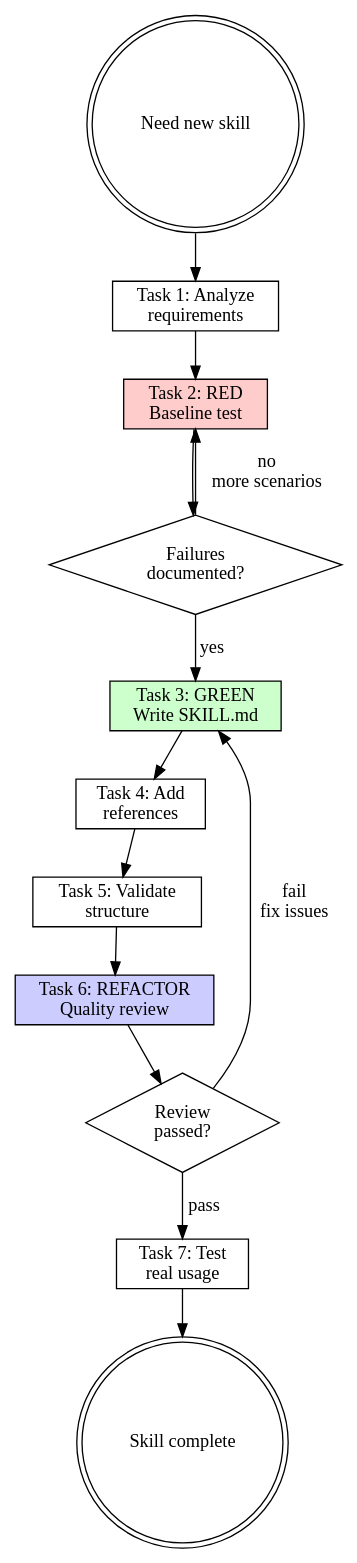
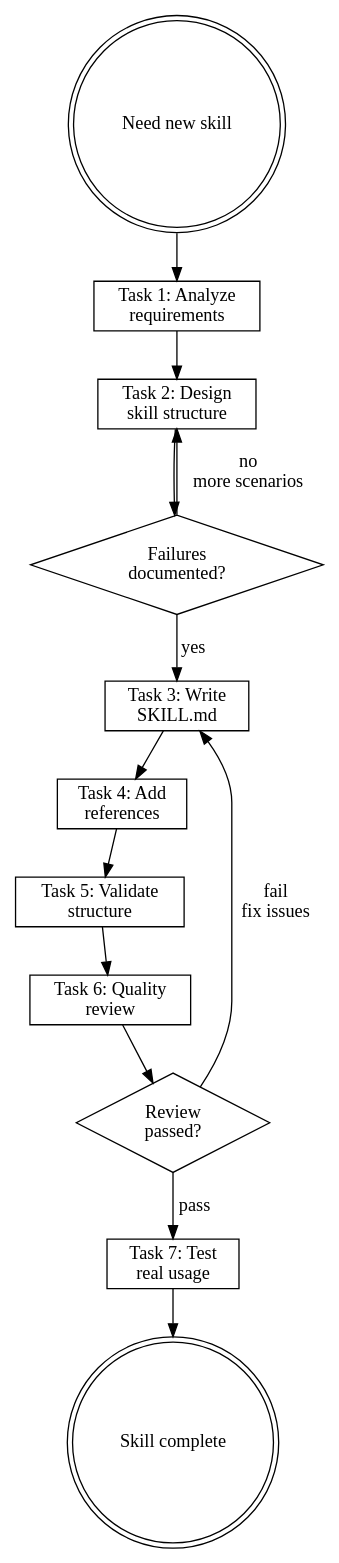
Before and after one commit to wayne930242/Reflexive-Claude-Code: the diagram in plugins/rcc/skills/writing-skills/SKILL.md, drawn with Graphviz. The commit also changed other lines of this file and 16 other files, not shown here.

````diff
--- a/plugins/rcc/skills/writing-skills/SKILL.md
+++ b/plugins/rcc/skills/writing-skills/SKILL.md
@@ -264,30 +266,30 @@
 ```dot
 digraph skill_creation {
     rankdir=TB;
 
     start [label="Need new skill", shape=doublecircle];
     analyze [label="Task 1: Analyze\nrequirements", shape=box];
-    baseline [label="Task 2: RED\nBaseline test", shape=box, style=filled, fillcolor="#ffcccc"];
+    baseline [label="Task 2: Design\nskill structure", shape=box];
     verify_red [label="Failures\ndocumented?", shape=diamond];
-    write [label="Task 3: GREEN\nWrite SKILL.md", shape=box, style=filled, fillcolor="#ccffcc"];
+    write [label="Task 3: Write\nSKILL.md", shape=box];
     refs [label="Task 4: Add\nreferences", shape=box];
     validate [label="Task 5: Validate\nstructure", shape=box];
-    review [label="Task 6: REFACTOR\nQuality review", shape=box, style=filled, fillcolor="#ccccff"];
+    review [label="Task 6: Quality\nreview", shape=box];
     review_pass [label="Review\npassed?", shape=diamond];
     test [label="Task 7: Test\nreal usage", shape=box];
     done [label="Skill complete", shape=doublecircle];
 
     start -> analyze;
     analyze -> baseline;
     baseline -> verify_red;
     verify_red -> write [label="yes"];
     verify_red -> baseline [label="no\nmore scenarios"];
     write -> refs;
     refs -> validate;
     validate -> review;
     review -> review_pass;
     review_pass -> test [label="pass"];
     review_pass -> write [label="fail\nfix issues"];
     test -> done;
 }
 ```
````
